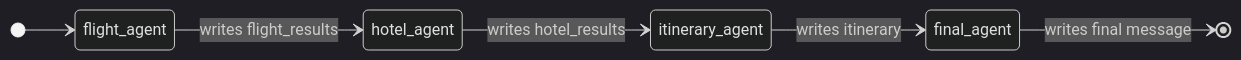
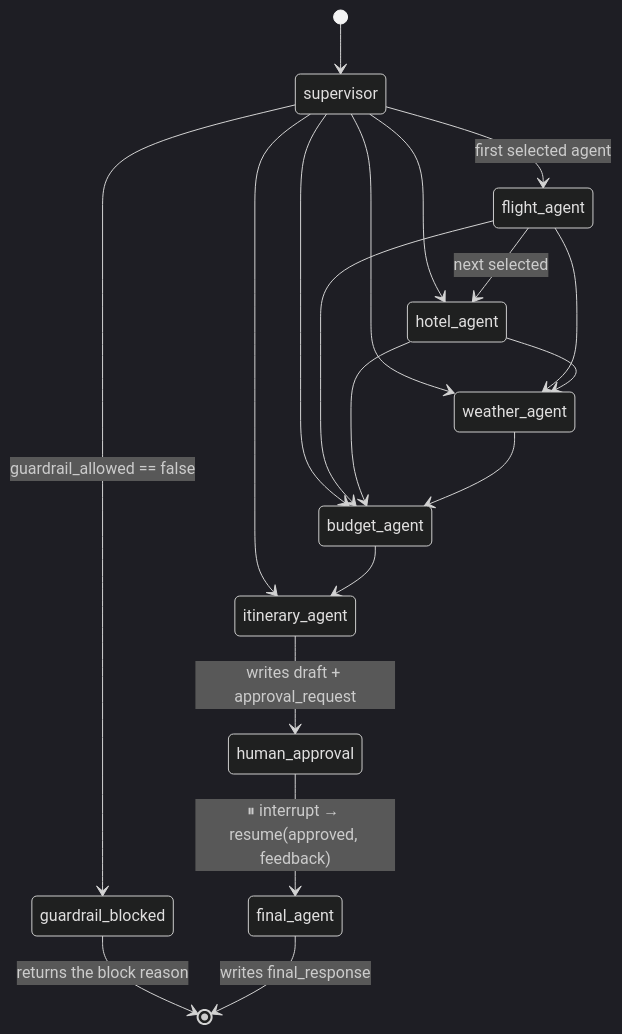
The second of 14 diagrams in README.md (ayushYadav1107/VoyaGen-AI-), drawn with Mermaid (dark theme) before and after one commit. The commit also changed other lines of this file and 49 other files, not shown here.

````diff
--- a/README.md
+++ b/README.md
@@ -170,9 +284,27 @@
 ```mermaid
 stateDiagram-v2
-    direction LR
-    [*] --> flight_agent
-    flight_agent --> hotel_agent : writes flight_results
-    hotel_agent --> itinerary_agent : writes hotel_results
-    itinerary_agent --> final_agent : writes itinerary
-    final_agent --> [*] : writes final message
+    direction TB
+
+    [*] --> supervisor
+
+    supervisor --> guardrail_blocked : guardrail_allowed == false
+    guardrail_blocked --> [*] : returns the block reason
+
+    supervisor --> flight_agent : first selected agent
+    supervisor --> hotel_agent
+    supervisor --> weather_agent
+    supervisor --> budget_agent
+    supervisor --> itinerary_agent
+
+    flight_agent --> hotel_agent : next selected
+    flight_agent --> weather_agent
+    flight_agent --> budget_agent
+    hotel_agent --> weather_agent
+    hotel_agent --> budget_agent
+    weather_agent --> budget_agent
+    budget_agent --> itinerary_agent
+
+    itinerary_agent --> human_approval : writes draft + approval_request
+    human_approval --> final_agent : ⏸ interrupt → resume(approved, feedback)
+    final_agent --> [*] : writes final_response
 ```
````
